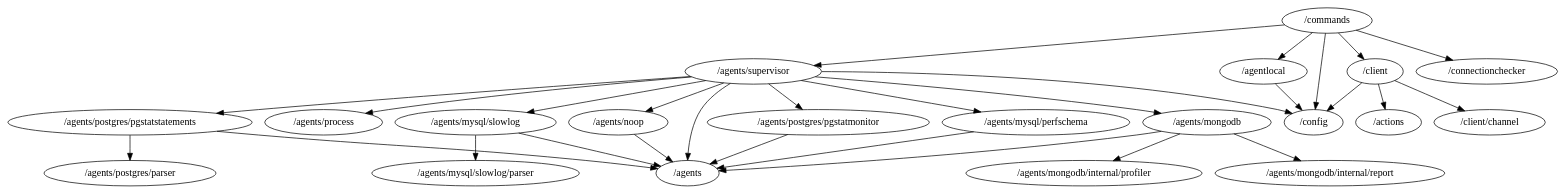
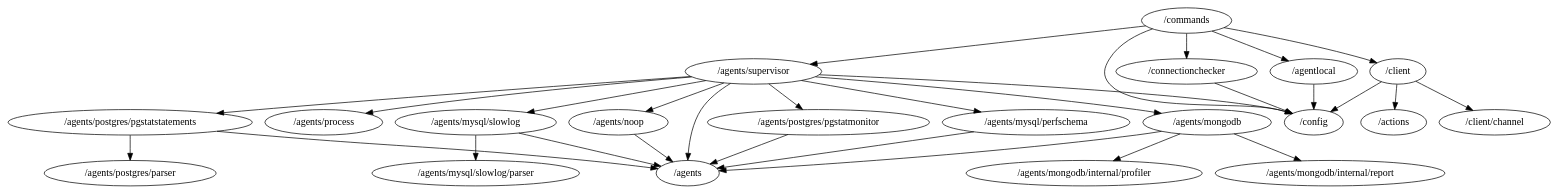
The diagram in packages.dot (percona/pmm-agent), drawn with Graphviz before and after one commit.

```diff
--- a/packages.dot
+++ b/packages.dot
@@ -1,30 +1,31 @@
 digraph packages {
 	"/agentlocal" -> "/config";
 	"/agents/mongodb" -> "/agents";
 	"/agents/mongodb" -> "/agents/mongodb/internal/profiler";
 	"/agents/mongodb" -> "/agents/mongodb/internal/report";
 	"/agents/mysql/perfschema" -> "/agents";
 	"/agents/mysql/slowlog" -> "/agents";
 	"/agents/mysql/slowlog" -> "/agents/mysql/slowlog/parser";
 	"/agents/noop" -> "/agents";
 	"/agents/postgres/pgstatmonitor" -> "/agents";
 	"/agents/postgres/pgstatstatements" -> "/agents";
 	"/agents/postgres/pgstatstatements" -> "/agents/postgres/parser";
 	"/agents/supervisor" -> "/agents";
 	"/agents/supervisor" -> "/agents/mongodb";
 	"/agents/supervisor" -> "/agents/mysql/perfschema";
 	"/agents/supervisor" -> "/agents/mysql/slowlog";
 	"/agents/supervisor" -> "/agents/noop";
 	"/agents/supervisor" -> "/agents/postgres/pgstatmonitor";
 	"/agents/supervisor" -> "/agents/postgres/pgstatstatements";
 	"/agents/supervisor" -> "/agents/process";
 	"/agents/supervisor" -> "/config";
 	"/client" -> "/actions";
 	"/client" -> "/client/channel";
 	"/client" -> "/config";
 	"/commands" -> "/agentlocal";
 	"/commands" -> "/agents/supervisor";
 	"/commands" -> "/client";
 	"/commands" -> "/config";
 	"/commands" -> "/connectionchecker";
+	"/connectionchecker" -> "/config";
 }
```
